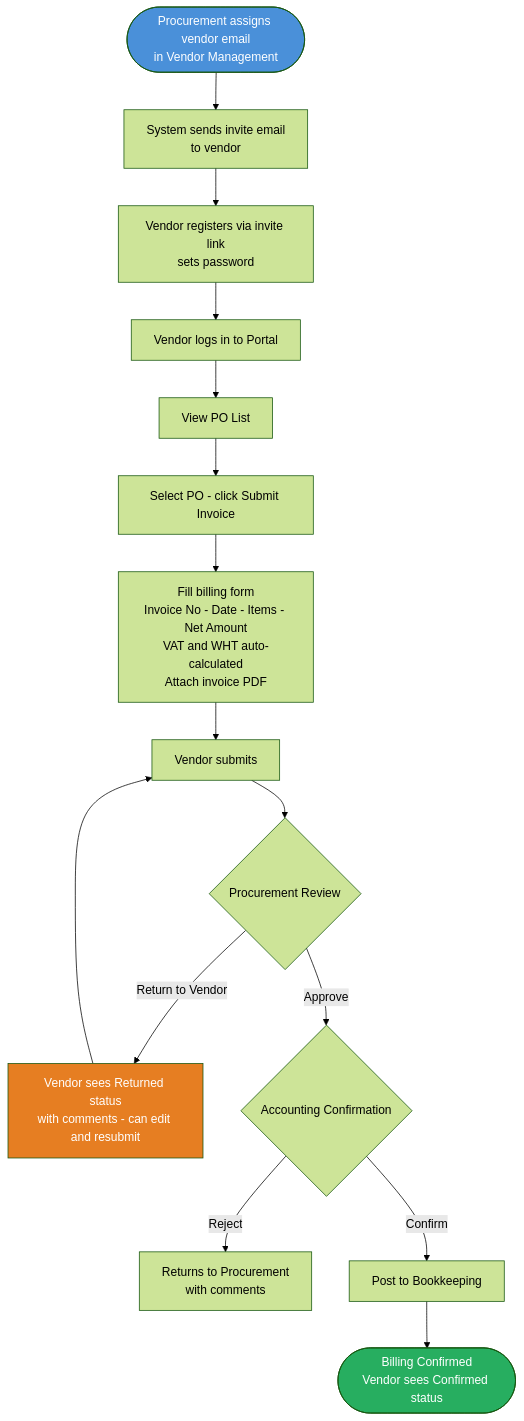
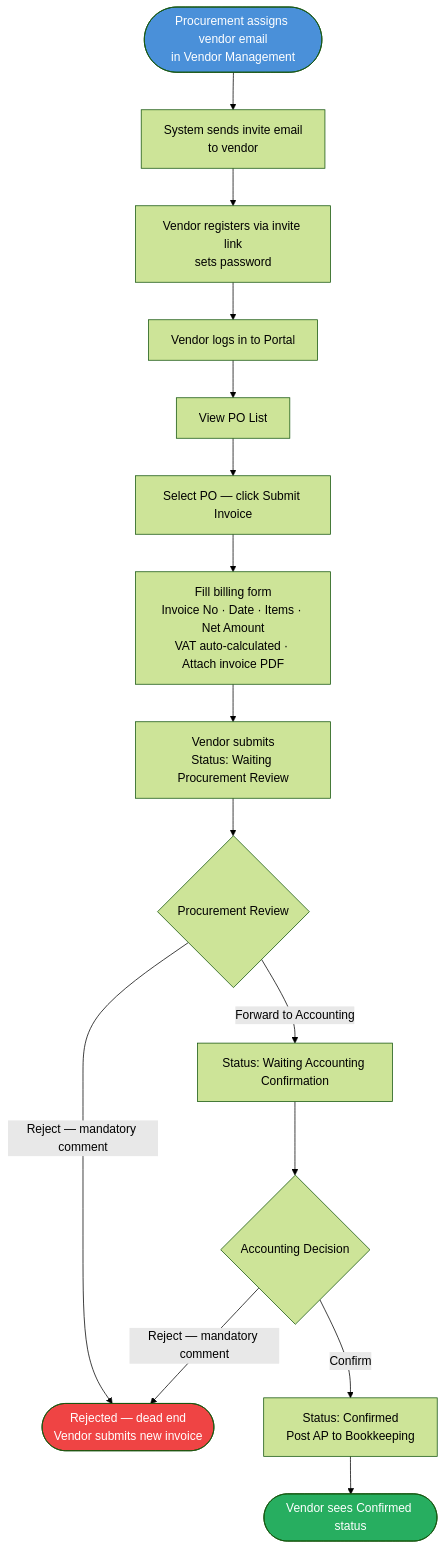
One commit to phasathoncha-droid/Procurement-System changed the diagram in 04_diagrams/process-flows/vendor-portal-billing.md. Above: the diagram before and after it, drawn with Mermaid (forest theme). The commit also changed other lines of this file and 14 other files, not shown here.

First line of the commit message:
feat: Vendor Portal Billing prototype and feature spec (Phase 2)

````diff
--- a/04_diagrams/process-flows/vendor-portal-billing.md
+++ b/04_diagrams/process-flows/vendor-portal-billing.md
@@ -3,23 +3,24 @@
 ```mermaid
 flowchart TD
     A([Procurement assigns vendor email\nin Vendor Management]) --> B[System sends invite email\nto vendor]
     B --> C[Vendor registers via invite link\nsets password]
     C --> D[Vendor logs in to Portal]
 
     D --> E[View PO List]
-    E --> F[Select PO - click Submit Invoice]
-    F --> G[Fill billing form\nInvoice No - Date - Items - Net Amount\nVAT and WHT auto-calculated\nAttach invoice PDF]
-    G --> H[Vendor submits]
+    E --> F[Select PO — click Submit Invoice]
+    F --> G[Fill billing form\nInvoice No · Date · Items · Net Amount\nVAT auto-calculated · Attach invoice PDF]
+    G --> H[Vendor submits\nStatus: Waiting Procurement Review]
 
     H --> I{Procurement Review}
-    I -->|Return to Vendor| J[Vendor sees Returned status\nwith comments - can edit and resubmit]
-    J --> H
-    I -->|Approve| K{Accounting Confirmation}
-    K -->|Reject| L[Returns to Procurement\nwith comments]
-    K -->|Confirm| M[Post to Bookkeeping]
-    M --> N([Billing Confirmed\nVendor sees Confirmed status])
+    I -->|Reject — mandatory comment| RJ([Rejected — dead end\nVendor submits new invoice])
+    I -->|Forward to Accounting| J[Status: Waiting Accounting Confirmation]
+
+    J --> K{Accounting Decision}
+    K -->|Reject — mandatory comment| RJ
+    K -->|Confirm| M[Status: Confirmed\nPost AP to Bookkeeping]
+    M --> N([Vendor sees Confirmed status])
 
     style A fill:#4A90D9,color:#fff
     style N fill:#27AE60,color:#fff
-    style J fill:#E67E22,color:#fff
+    style RJ fill:#EF4444,color:#fff
 ```
````
